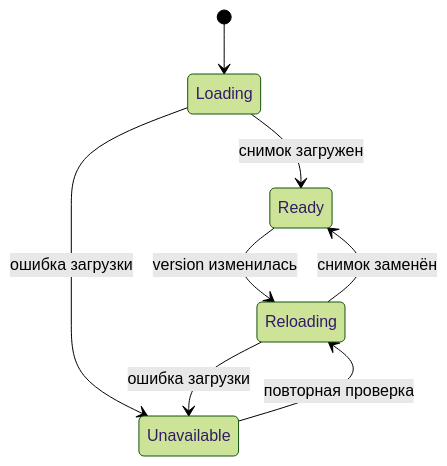
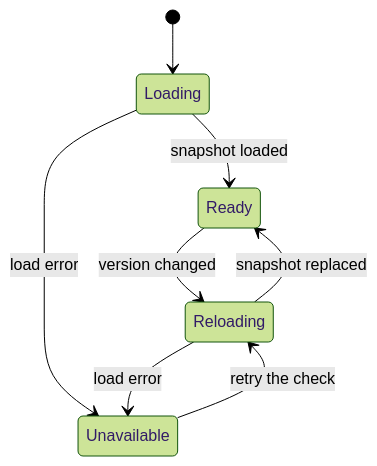
Before and after one commit to pavel-skripko-innowise/inno-fe-be-a1: the third of 3 diagrams in courses-content/backend/A/1/en/2.1.3 RBAC.md, drawn with Mermaid (forest theme). The commit also changed other lines of this file and 35 other files, not shown here.

````diff
--- a/courses-content/backend/A/1/en/2.1.3 RBAC.md
+++ b/courses-content/backend/A/1/en/2.1.3 RBAC.md
@@ -93,10 +93,10 @@
 ```mermaid
 stateDiagram-v2
   [*] --> Loading
-  Loading --> Ready: снимок загружен
-  Loading --> Unavailable: ошибка загрузки
-  Ready --> Reloading: version изменилась
-  Reloading --> Ready: снимок заменён
-  Reloading --> Unavailable: ошибка загрузки
-  Unavailable --> Reloading: повторная проверка
+  Loading --> Ready: snapshot loaded
+  Loading --> Unavailable: load error
+  Ready --> Reloading: version changed
+  Reloading --> Ready: snapshot replaced
+  Reloading --> Unavailable: load error
+  Unavailable --> Reloading: retry the check
 ```
````
